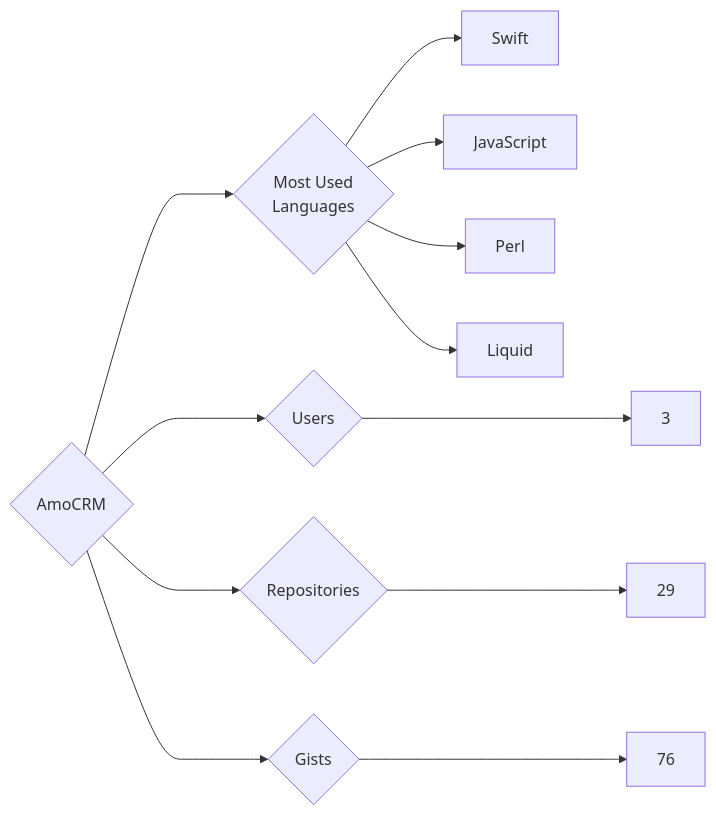
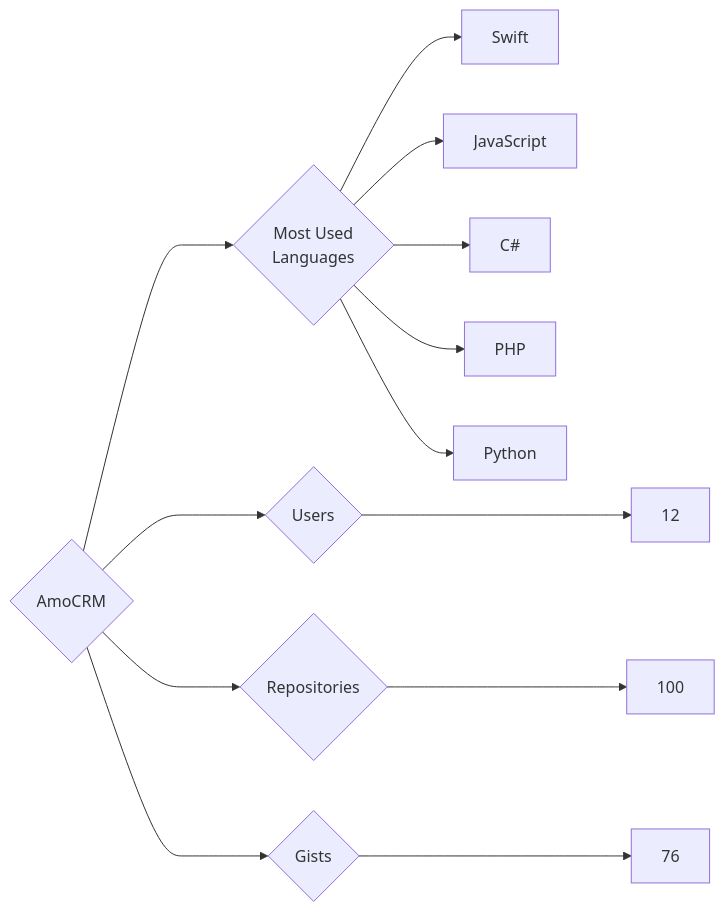
Before and after one commit to trickest/insiders: the diagram in targets/AmoCRM/README.md, drawn with Mermaid. The commit also changed 873 other files, not shown here.

````diff
--- a/targets/AmoCRM/README.md
+++ b/targets/AmoCRM/README.md
@@ -3,12 +3,13 @@
 ```mermaid
 graph LR
 COMPANY_NAME{AmoCRM}
-COMPANY_NAME ---> U{Users} ---> UN[3]
-COMPANY_NAME ---> R{Repositories} ---> RN[29]
+COMPANY_NAME ---> U{Users} ---> UN[12]
+COMPANY_NAME ---> R{Repositories} ---> RN[100]
 COMPANY_NAME ---> G{Gists} ---> GN[76]
 COMPANY_NAME ---> ML{Most Used<br>Languages}
 ML --> Swift[Swift]
 ML --> JavaScript[JavaScript]
-ML --> Perl[Perl]
-ML --> Liquid[Liquid]
+ML --> C#[C#]
+ML --> PHP[PHP]
+ML --> Python[Python]
 ```
````
